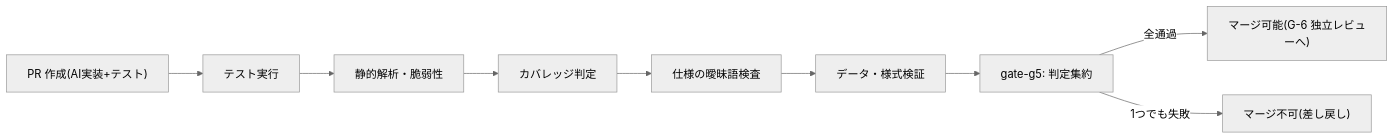
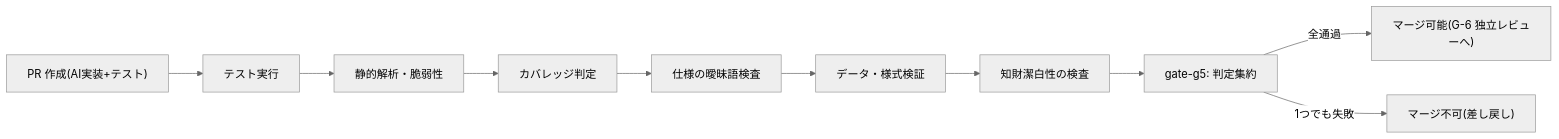
Before and after one commit to Takenori-Kusaka/process-compass: the first of 2 diagrams in src/content/docs/phase5-implementation/ci-gates.md, drawn with Mermaid (neutral theme). The commit also changed other lines of this file and 13 other files, not shown here.

````diff
--- a/src/content/docs/phase5-implementation/ci-gates.md
+++ b/src/content/docs/phase5-implementation/ci-gates.md
@@ -12,11 +12,12 @@
 ```mermaid
 graph LR
   PR["PR 作成(AI実装+テスト)"] --> T["テスト実行"]
   T --> S["静的解析・脆弱性"]
   S --> C["カバレッジ判定"]
   C --> W["仕様の曖昧語検査"]
   W --> V["データ・様式検証"]
-  V --> G["gate-g5: 判定集約"]
+  V --> I["知財潔白性の検査"]
+  I --> G["gate-g5: 判定集約"]
   G -->|全通過| M["マージ可能(G-6 独立レビューへ)"]
   G -->|1つでも失敗| X["マージ不可(差し戻し)"]
 ```
````
